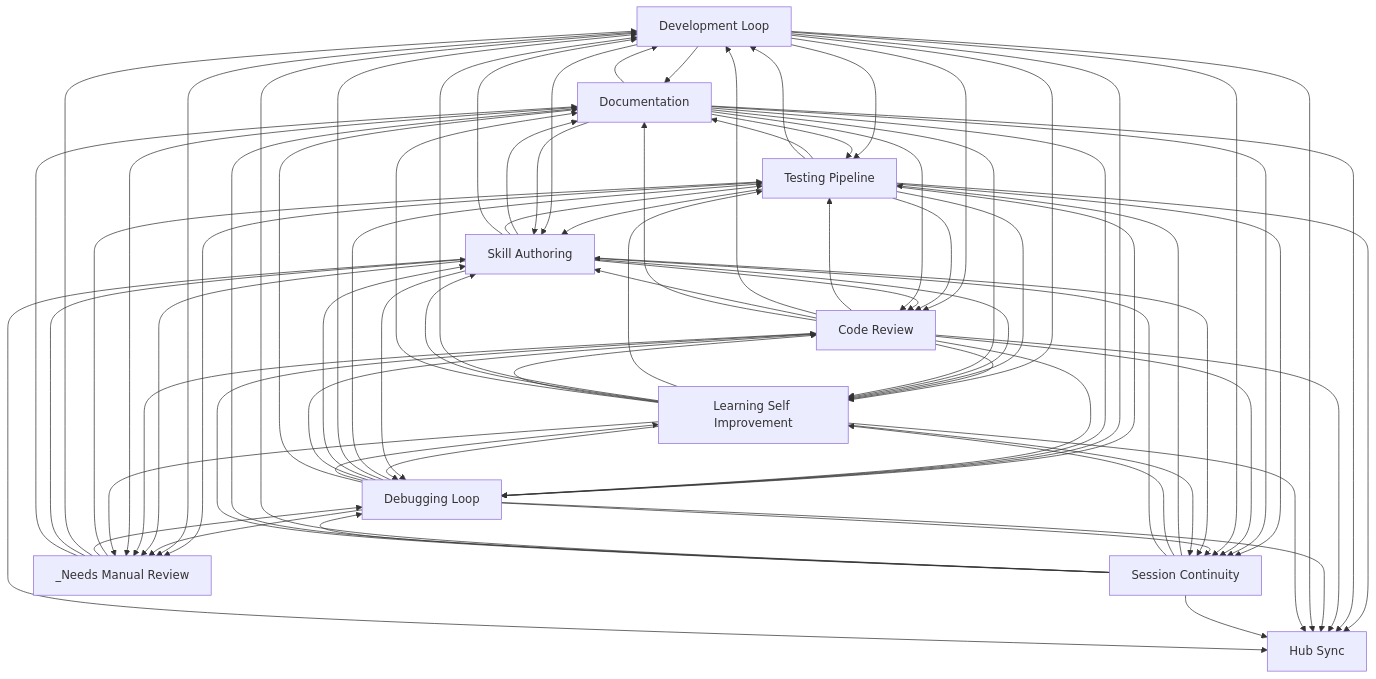
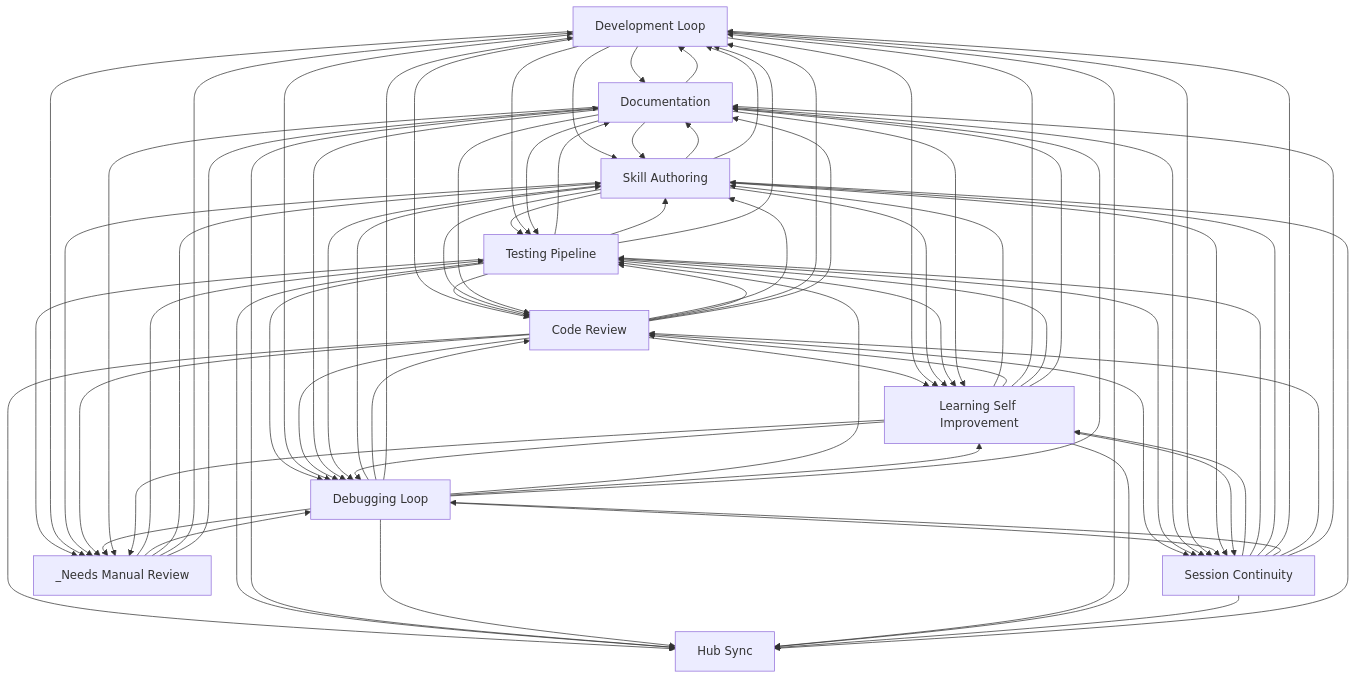
One commit to abhayla/claude-best-practices changed the diagram in docs/workflows/INDEX.md. Above: the diagram before and after it, drawn with Mermaid. The commit also changed other lines of this file and 12 other files, not shown here.

````diff
--- a/docs/workflows/INDEX.md
+++ b/docs/workflows/INDEX.md
@@ -31,69 +31,69 @@
     documentation[Documentation]
     hub_sync[Hub Sync]
     _needs_manual_review[_Needs Manual Review]
+    skill_authoring --> documentation
     testing_pipeline --> documentation
     development_loop --> documentation
-    skill_authoring --> documentation
+    skill_authoring --> testing_pipeline
     testing_pipeline --> skill_authoring
+    development_loop --> skill_authoring
     development_loop --> testing_pipeline
-    development_loop --> skill_authoring
-    skill_authoring --> testing_pipeline
+    documentation --> skill_authoring
     documentation --> testing_pipeline
-    documentation --> skill_authoring
-    development_loop --> code_review
+    code_review --> skill_authoring
     code_review --> testing_pipeline
     code_review --> development_loop
-    code_review --> skill_authoring
+    development_loop --> code_review
+    code_review --> learning_self_improvement
     development_loop --> learning_self_improvement
-    code_review --> learning_self_improvement
+    testing_pipeline --> code_review
+    testing_pipeline --> development_loop
     testing_pipeline --> debugging_loop
-    testing_pipeline --> development_loop
-    testing_pipeline --> code_review
-    debugging_loop --> testing_pipeline
-    debugging_loop --> development_loop
     debugging_loop --> skill_authoring
     debugging_loop --> code_review
+    debugging_loop --> development_loop
+    debugging_loop --> testing_pipeline
     development_loop --> debugging_loop
     documentation --> development_loop
+    skill_authoring --> code_review
     skill_authoring --> development_loop
-    skill_authoring --> code_review
+    skill_authoring --> learning_self_improvement
     testing_pipeline --> learning_self_improvement
-    skill_authoring --> learning_self_improvement
     testing_pipeline --> _needs_manual_review
     development_loop --> _needs_manual_review
+    code_review --> debugging_loop
+    documentation --> code_review
     documentation --> debugging_loop
-    documentation --> code_review
-    code_review --> debugging_loop
+    code_review --> documentation
+    code_review --> hub_sync
+    code_review --> session_continuity
+    testing_pipeline --> hub_sync
     testing_pipeline --> session_continuity
-    testing_pipeline --> hub_sync
-    documentation --> session_continuity
     documentation --> learning_self_improvement
     documentation --> hub_sync
-    code_review --> session_continuity
-    code_review --> documentation
-    code_review --> hub_sync
+    documentation --> session_continuity
+    session_continuity --> learning_self_improvement
     session_continuity --> testing_pipeline
-    session_continuity --> learning_self_improvement
     development_loop --> session_continuity
     _needs_manual_review --> testing_pipeline
+    debugging_loop --> learning_self_improvement
     debugging_loop --> session_continuity
-    debugging_loop --> learning_self_improvement
     debugging_loop --> documentation
     debugging_loop --> hub_sync
     development_loop --> hub_sync
     skill_authoring --> session_continuity
     skill_authoring --> debugging_loop
     _needs_manual_review --> debugging_loop
-    learning_self_improvement --> debugging_loop
-    learning_self_improvement --> testing_pipeline
-    learning_self_improvement --> development_loop
     learning_self_improvement --> skill_authoring
     learning_self_improvement --> code_review
-    debugging_loop --> _needs_manual_review
+    learning_self_improvement --> development_loop
+    learning_self_improvement --> testing_pipeline
+    learning_self_improvement --> debugging_loop
     skill_authoring --> _needs_manual_review
     code_review --> _needs_manual_review
+    debugging_loop --> _needs_manual_review
+    _needs_manual_review --> skill_authoring
     _needs_manual_review --> development_loop
-    _needs_manual_review --> skill_authoring
     _needs_manual_review --> documentation
     learning_self_improvement --> session_continuity
     documentation --> _needs_manual_review
@@ -102,9 +102,9 @@
     learning_self_improvement --> hub_sync
     session_continuity --> development_loop
     session_continuity --> debugging_loop
+    session_continuity --> code_review
     session_continuity --> documentation
     session_continuity --> hub_sync
-    session_continuity --> code_review
     skill_authoring --> hub_sync
     learning_self_improvement --> _needs_manual_review
 ```
````
